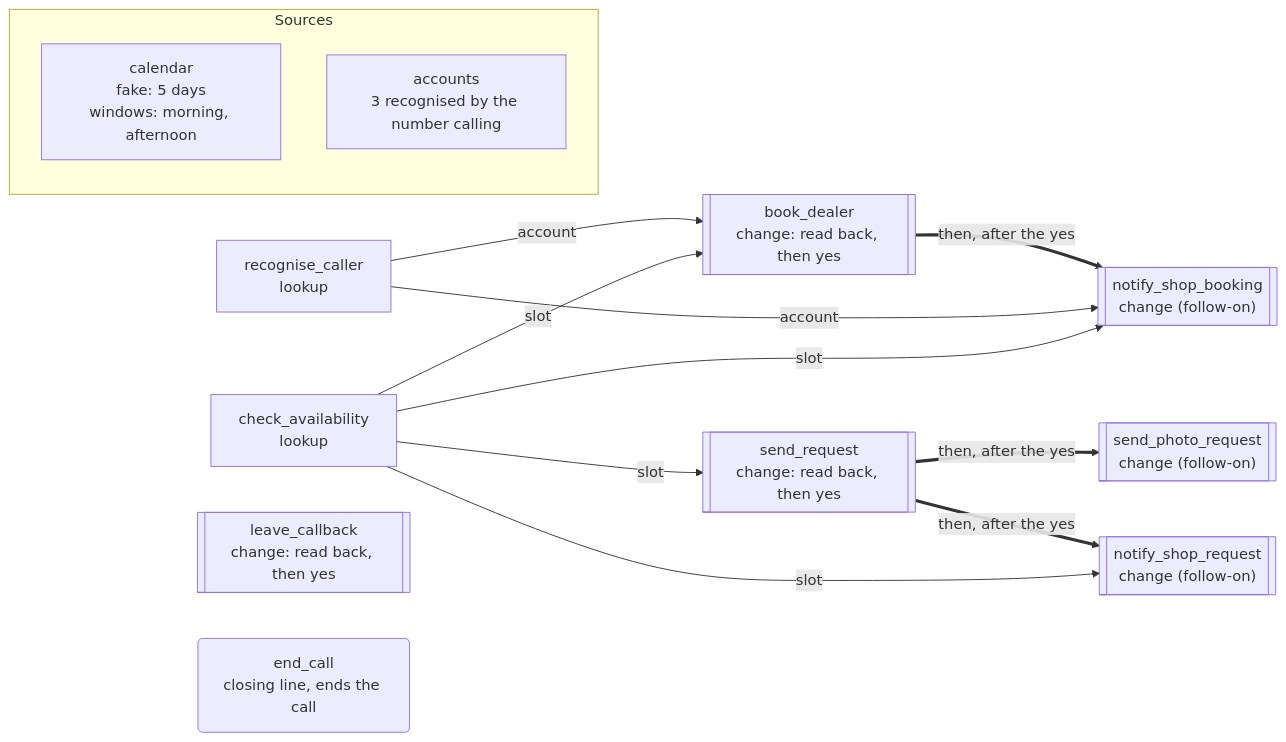
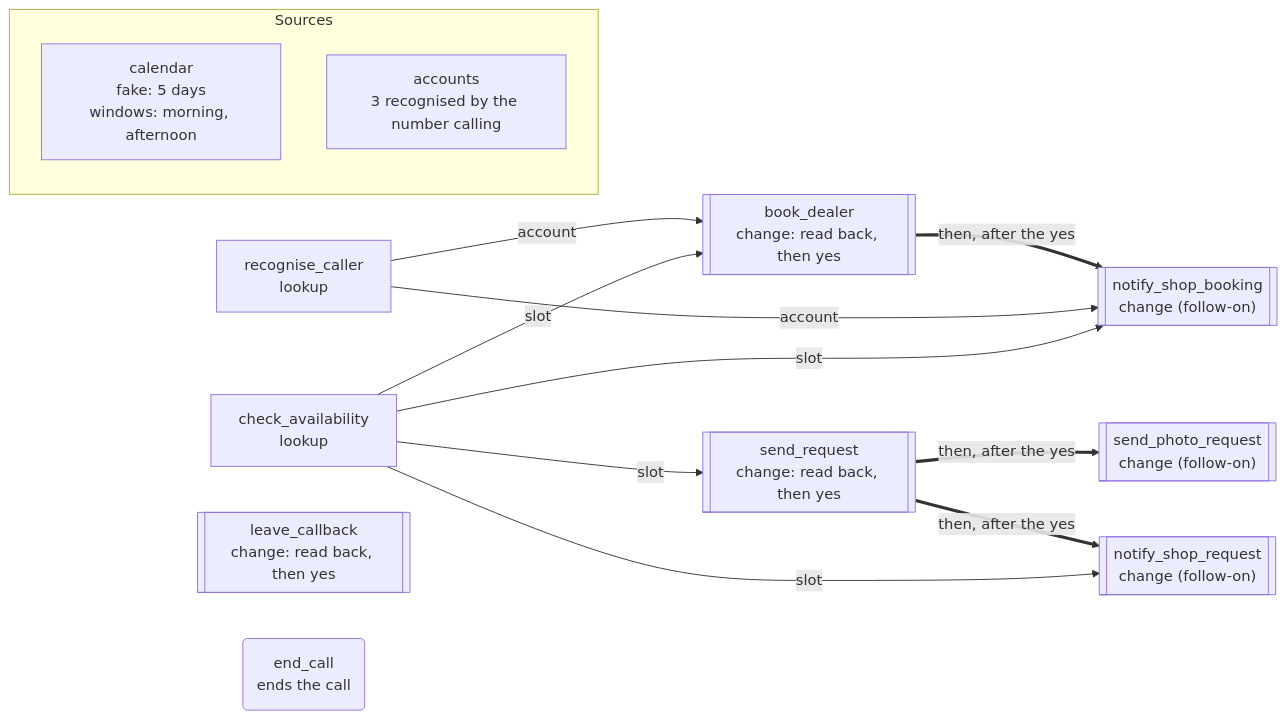
The first of 2 diagrams in apps/wheelshop-agent/APP-MAP.md (DialogWright/dialogwright), drawn with Mermaid before and after one commit. The commit also changed 10 other files, not shown here.

Commit message:
converse: the model's own goodbye written with end_call ends the call; the closing line only where it writes none

````diff
--- a/apps/wheelshop-agent/APP-MAP.md
+++ b/apps/wheelshop-agent/APP-MAP.md
@@ -22,25 +22,25 @@
 ```mermaid
 flowchart LR
   subgraph sources["Sources"]
     src_calendar["calendar<br/>fake: 5 days<br/>windows: morning, afternoon"]
     src_accounts["accounts<br/>3 recognised by the number calling"]
   end
   a_recognise_caller["recognise_caller<br/>lookup"]
   a_check_availability["check_availability<br/>lookup"]
   a_send_request[["send_request<br/>change: read back, then yes"]]
   a_send_photo_request[["send_photo_request<br/>change (follow-on)"]]
   a_notify_shop_request[["notify_shop_request<br/>change (follow-on)"]]
   a_book_dealer[["book_dealer<br/>change: read back, then yes"]]
   a_notify_shop_booking[["notify_shop_booking<br/>change (follow-on)"]]
   a_leave_callback[["leave_callback<br/>change: read back, then yes"]]
-  a_end_call("end_call<br/>closing line, ends the call")
+  a_end_call("end_call<br/>ends the call")
   a_check_availability -->|slot| a_send_request
   a_send_request ==>|"then, after the yes"| a_send_photo_request
   a_send_request ==>|"then, after the yes"| a_notify_shop_request
   a_check_availability -->|slot| a_notify_shop_request
   a_recognise_caller -->|account| a_book_dealer
   a_check_availability -->|slot| a_book_dealer
   a_book_dealer ==>|"then, after the yes"| a_notify_shop_booking
   a_recognise_caller -->|account| a_notify_shop_booking
   a_check_availability -->|slot| a_notify_shop_booking
 ```
````
